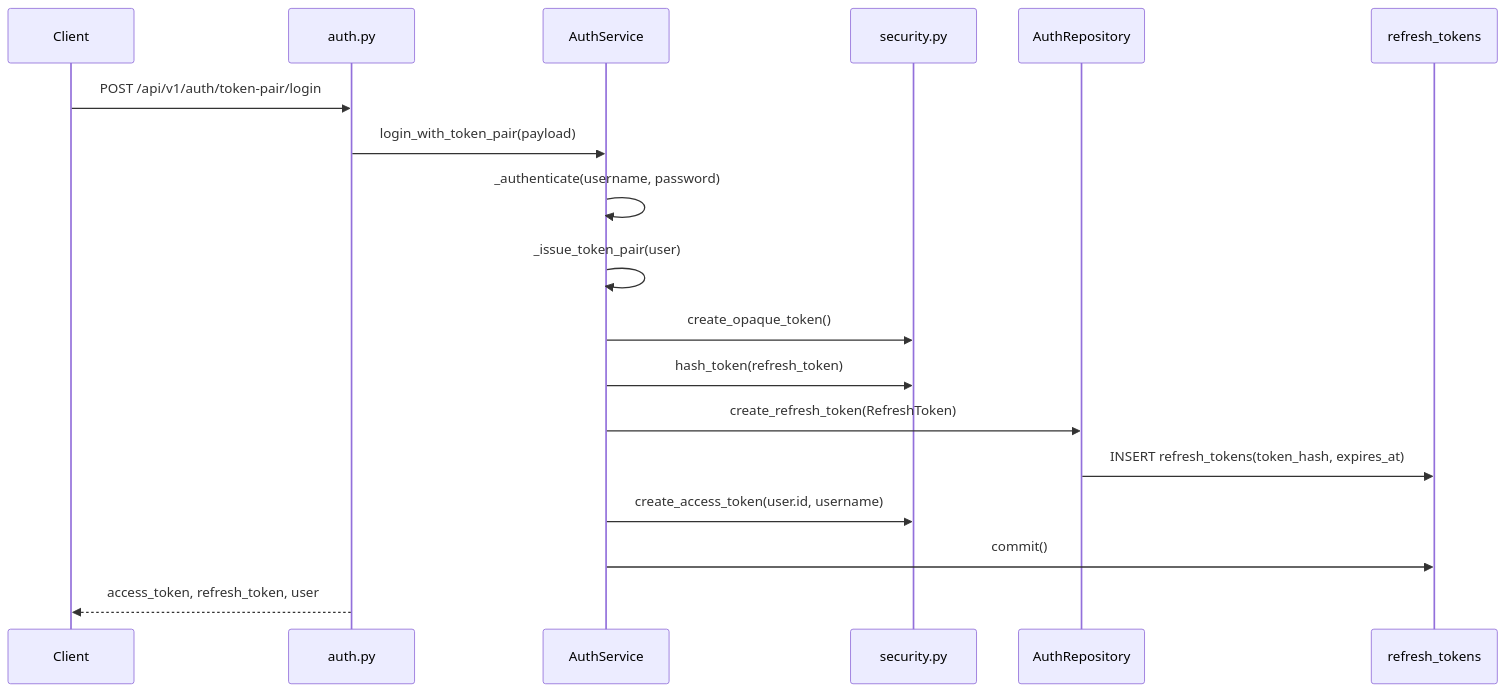
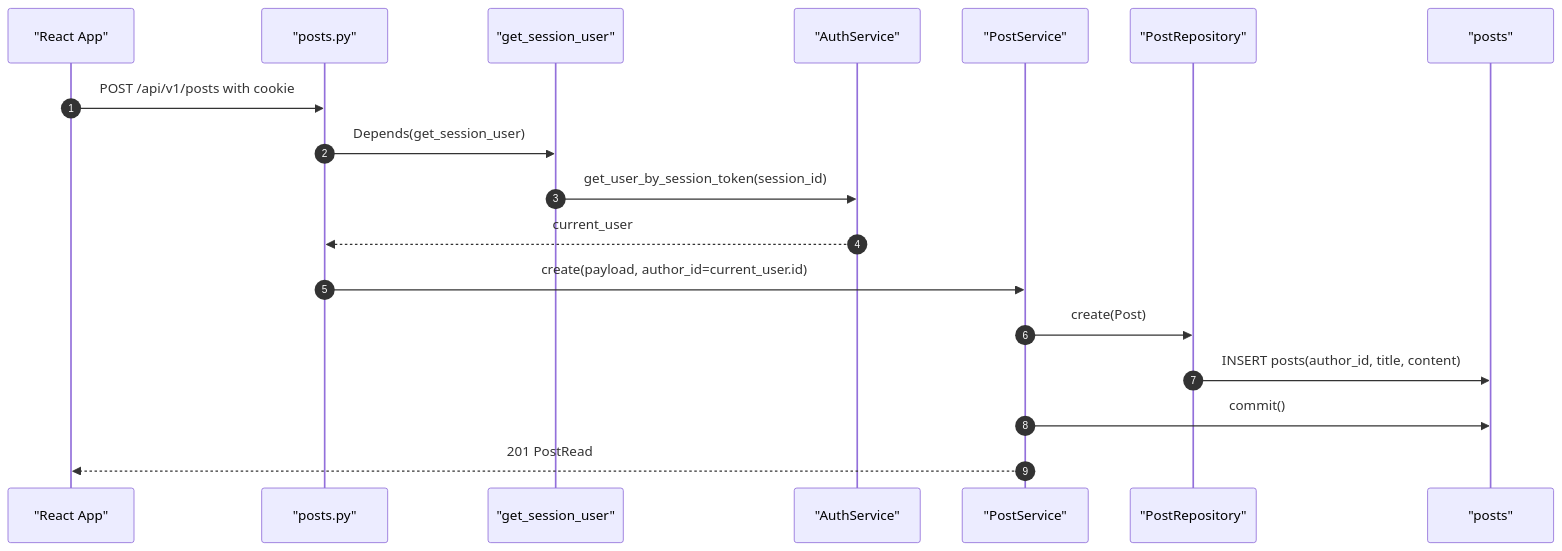
The fifth of 7 diagrams in docs/sprint-2-execution-flow-guide.md (JUNGLE-TEAM1/W16_team_sprint), drawn with Mermaid before and after one commit. The commit also changed other lines of this file and 21 other files, not shown here.

Commit message:
feat: finalize sprint 2 session auth

````diff
--- a/docs/sprint-2-execution-flow-guide.md
+++ b/docs/sprint-2-execution-flow-guide.md
@@ -232,21 +165,21 @@
 ```mermaid
 sequenceDiagram
-    participant Client
-    participant API as auth.py
-    participant Service as AuthService
-    participant Security as security.py
-    participant AuthRepo as AuthRepository
-    participant DB as refresh_tokens
+    autonumber
+    participant UI as "React App"
+    participant PostsAPI as "posts.py"
+    participant AuthDep as "get_session_user"
+    participant AuthService as "AuthService"
+    participant PostService as "PostService"
+    participant PostRepo as "PostRepository"
+    participant DB as "posts"
 
-    Client->>API: POST /api/v1/auth/token-pair/login
-    API->>Service: login_with_token_pair(payload)
-    Service->>Service: _authenticate(username, password)
-    Service->>Service: _issue_token_pair(user)
-    Service->>Security: create_opaque_token()
-    Service->>Security: hash_token(refresh_token)
-    Service->>AuthRepo: create_refresh_token(RefreshToken)
-    AuthRepo->>DB: INSERT refresh_tokens(token_hash, expires_at)
-    Service->>Security: create_access_token(user.id, username)
-    Service->>DB: commit()
-    API-->>Client: access_token, refresh_token, user
+    UI->>PostsAPI: POST /api/v1/posts with cookie
+    PostsAPI->>AuthDep: Depends(get_session_user)
+    AuthDep->>AuthService: get_user_by_session_token(session_id)
+    AuthService-->>PostsAPI: current_user
+    PostsAPI->>PostService: create(payload, author_id=current_user.id)
+    PostService->>PostRepo: create(Post)
+    PostRepo->>DB: INSERT posts(author_id, title, content)
+    PostService->>DB: commit()
+    PostService-->>UI: 201 PostRead
 ```
````
